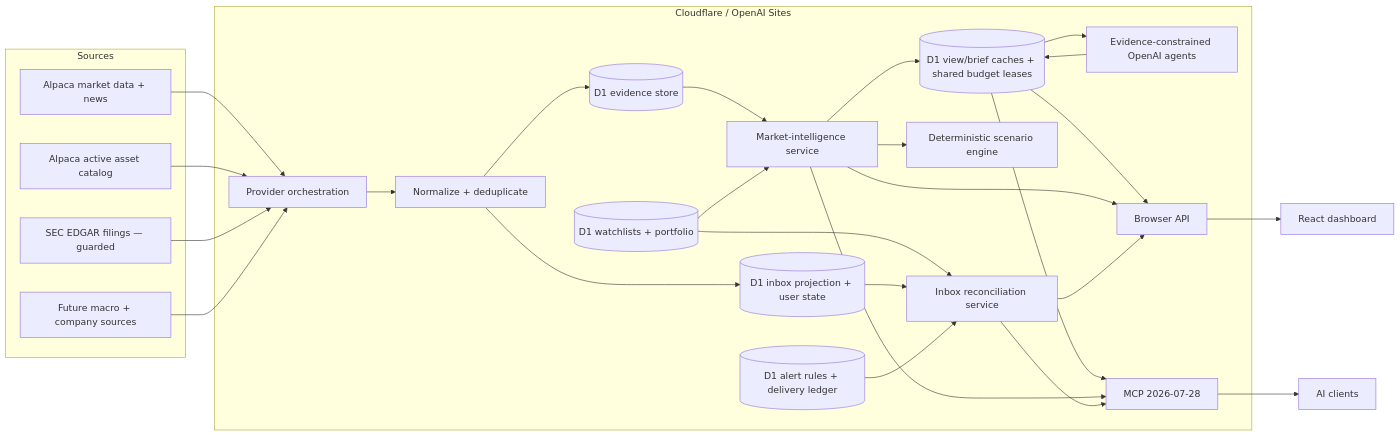
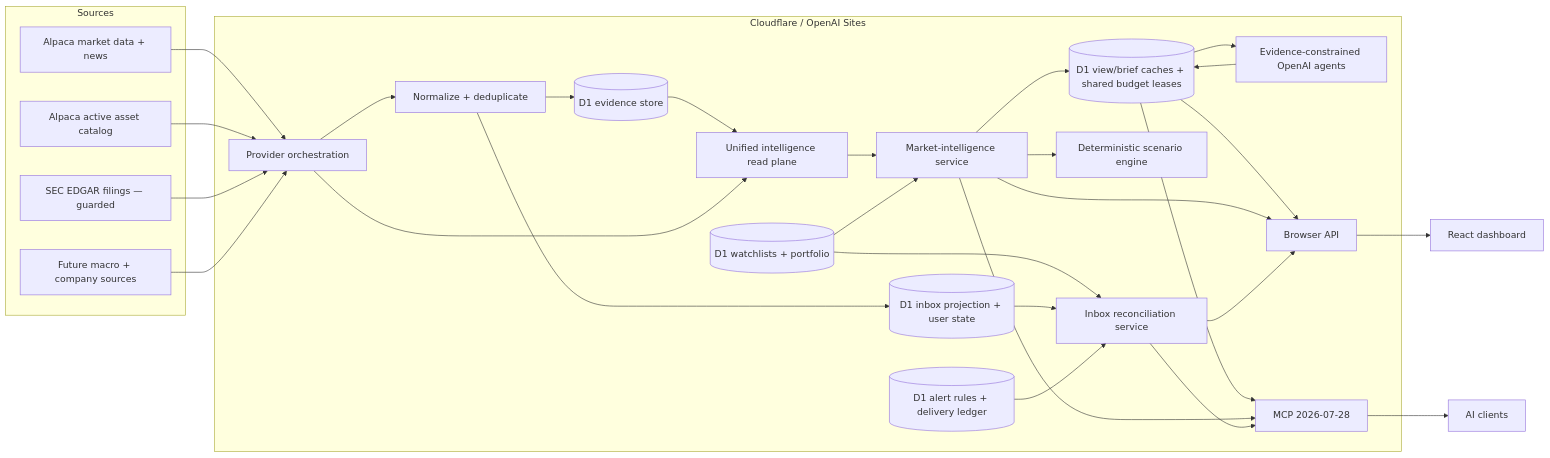
The diagram in docs/architecture.md (jonxsong/Omnigaze), drawn with Mermaid before and after one commit. The commit also changed other lines of this file and 15 other files, not shown here.

````diff
--- a/docs/architecture.md
+++ b/docs/architecture.md
@@ -5,50 +5,53 @@
 ```mermaid
 flowchart LR
   subgraph Sources
     Alpaca[Alpaca market data + news]
     Assets[Alpaca active asset catalog]
     SEC[SEC EDGAR filings — guarded]
     Future[Future macro + company sources]
   end
 
   subgraph Edge[Cloudflare / OpenAI Sites]
     Ingest[Provider orchestration]
     Normalize[Normalize + deduplicate]
     D1[(D1 evidence store)]
     Portfolio[(D1 watchlists + portfolio)]
     Inbox[(D1 inbox projection + user state)]
     Alerts[(D1 alert rules + delivery ledger)]
     Domain[Market-intelligence service]
+    ReadPlane[Unified intelligence read plane]
     InboxService[Inbox reconciliation service]
     Scenarios[Deterministic scenario engine]
     AIGuard[(D1 view/brief caches + shared budget leases)]
     Agent[Evidence-constrained OpenAI agents]
     API[Browser API]
     MCP[MCP 2026-07-28]
   end
 
   UI[React dashboard]
   Clients[AI clients]
 
   Alpaca --> Ingest
   Assets --> Ingest
   SEC --> Ingest
   Future --> Ingest
   Ingest --> Normalize --> D1
   Normalize --> Inbox
   Portfolio --> InboxService
   Inbox --> InboxService
   Alerts --> InboxService
-  D1 --> Domain
+  D1 --> ReadPlane
+  Ingest --> ReadPlane
+  ReadPlane --> Domain
   Portfolio --> Domain
   Domain --> Scenarios
   Domain --> AIGuard
   AIGuard --> Agent
   Agent --> AIGuard
   AIGuard --> API
   AIGuard --> MCP
   Domain --> API --> UI
   InboxService --> API
   Domain --> MCP --> Clients
   InboxService --> MCP
 ```
````
